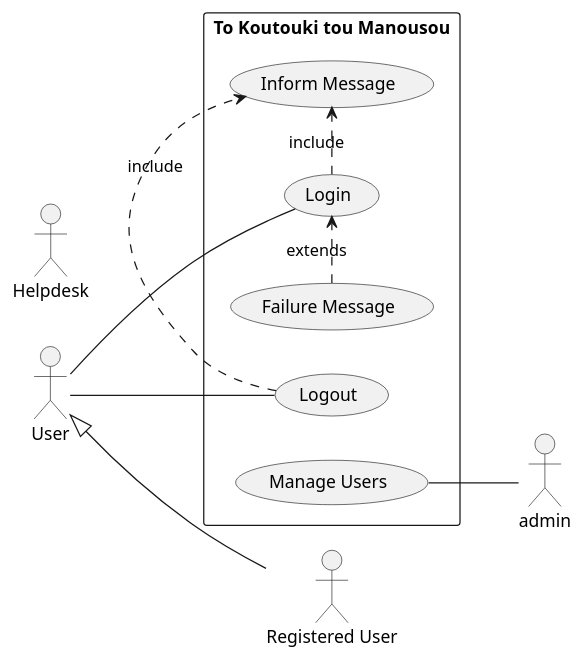
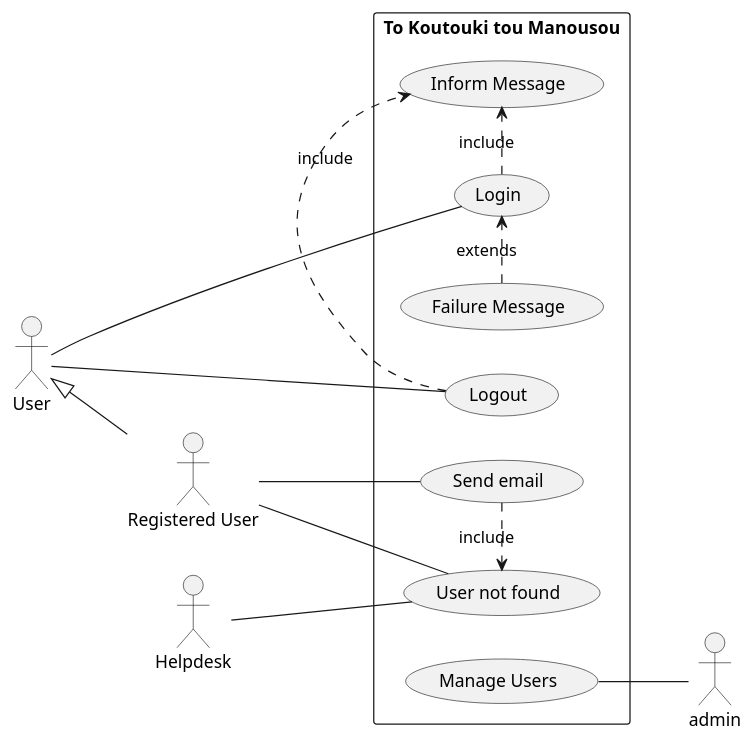
One commit to softwareDesign24/collaborateUML-ucd changed the diagram in use-case.puml. Above: the diagram before and after it, drawn with PlantUML.

```diff
--- a/use-case.puml
+++ b/use-case.puml
@@ -1,84 +1,86 @@
 @startuml
 
 left to right direction
 
 actor "User" as usr
 actor "Helpdesk" as hlpdsk
 actor "Registered User" as r_usr
 usr <|-- r_usr
 
 rectangle "To Koutouki tou Manousou" {
   usecase "Login" as UC1
   usecase "Logout" as UC2
   usecase "Manage Users" as UC3
   usecase "Inform Message" as UC4
   usecase "Failure Message" as UC5
 
 
 
 
 
 
 
 
 
 
 
 
 
+  usecase "Send email" as meropi5
+  usecase "User not found" as meropi6
 
 
 
 
 }
 
 usr -- UC1
 usr -- UC2
 admin -up- UC3
 
 
 
 
 
 
 
 
 
 
 
 
 
-
-
-
-
+r_usr -- meropi5
+r_usr -- meropi6
+hlpdsk -- meropi6
+meropi5 .> meropi6 : include
 
 
 
 
 
 UC1 .> UC4 : include
 UC2 .> UC4 : include
 UC5 .> UC1 : extends
 
 
 
 
 
 
 
 
 
 
 
 
 
 
 
 
 
 
 
 
 
 @enduml
```
